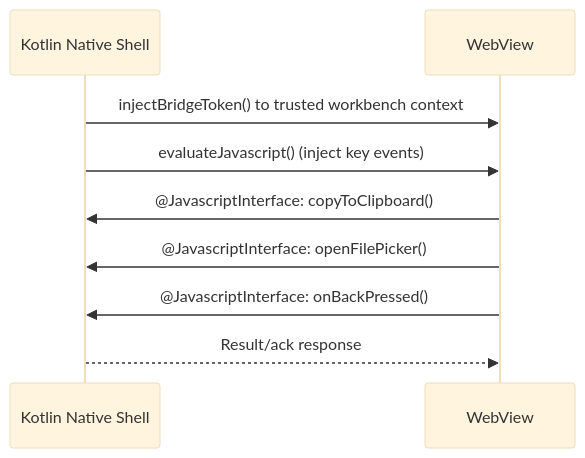
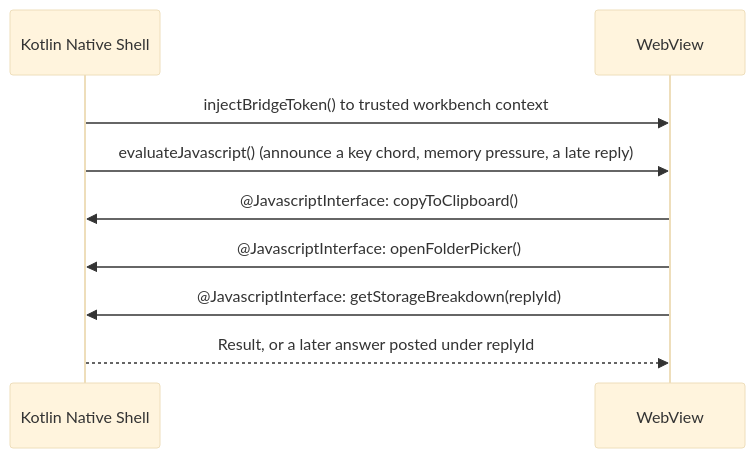
The sixth of 12 diagrams in docs/03-ARCHITECTURE.md (cuixinyuan666/vscodroid), drawn with Mermaid (base theme) before and after one commit. The commit also changed other lines of this file and 208 other files, not shown here.

````diff
--- a/docs/03-ARCHITECTURE.md
+++ b/docs/03-ARCHITECTURE.md
@@ -348,11 +362,11 @@
 ```mermaid
 sequenceDiagram
   participant K as Kotlin Native Shell
   participant W as WebView
   K->>W: injectBridgeToken() to trusted workbench context
-  K->>W: evaluateJavascript() (inject key events)
+  K->>W: evaluateJavascript() (announce a key chord, memory pressure, a late reply)
   W->>K: @JavascriptInterface: copyToClipboard()
-  W->>K: @JavascriptInterface: openFilePicker()
-  W->>K: @JavascriptInterface: onBackPressed()
-  K-->>W: Result/ack response
+  W->>K: @JavascriptInterface: openFolderPicker()
+  W->>K: @JavascriptInterface: getStorageBreakdown(replyId)
+  K-->>W: Result, or a later answer posted under replyId
 ```
````
